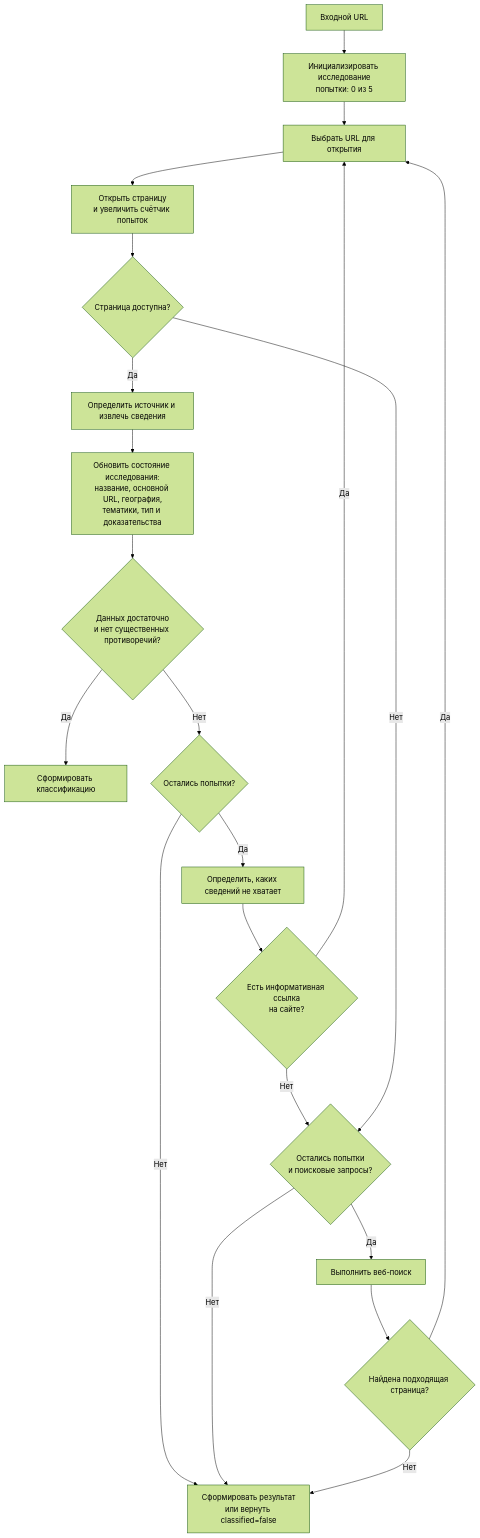
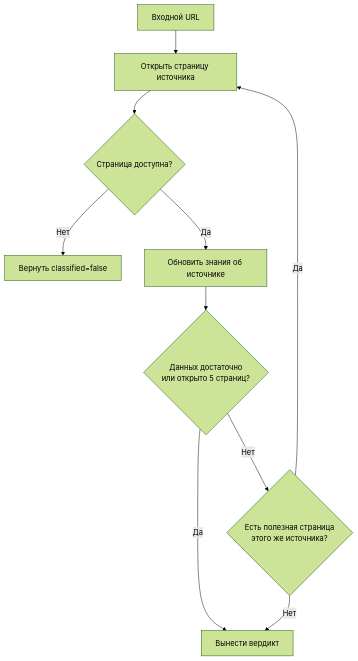
Before and after one commit to notglebatall/source-classifier: the diagram in README.md, drawn with Mermaid (forest theme). The commit also changed other lines of this file, not shown here.

Commit message:
Схема агента

````diff
--- a/README.md
+++ b/README.md
@@ -24,26 +24,12 @@
 ```mermaid
 flowchart TD
-    A[Входной URL] --> B[Инициализировать исследование<br/>попытки: 0 из 5]
-    B --> C[Выбрать URL для открытия]
-    C --> D[Открыть страницу<br/>и увеличить счётчик попыток]
-    D --> E{Страница доступна?}
-
-    E -- Да --> F[Определить источник и извлечь сведения]
-    F --> G[Обновить состояние исследования:<br/>название, основной URL, география,<br/>тематики, тип и доказательства]
-    G --> H{Данных достаточно<br/>и нет существенных противоречий?}
-
-    H -- Да --> I[Сформировать классификацию]
-    H -- Нет --> J{Остались попытки?}
-    J -- Нет --> K[Сформировать результат<br/>или вернуть classified=false]
-    J -- Да --> L[Определить, каких сведений не хватает]
-    L --> M{Есть информативная ссылка<br/>на сайте?}
-    M -- Да --> C
-    M -- Нет --> N{Остались попытки<br/>и поисковые запросы?}
-
-    E -- Нет --> N
-    N -- Да --> O[Выполнить веб-поиск]
-    N -- Нет --> K
-    O --> P{Найдена подходящая страница?}
-    P -- Да --> C
-    P -- Нет --> K
+    A[Входной URL] --> B[Открыть страницу источника]
+    B --> C{Страница доступна?}
+    C -- Нет --> G[Вернуть classified=false]
+    C -- Да --> D[Обновить знания об источнике]
+    D --> E{Данных достаточно<br/>или открыто 5 страниц?}
+    E -- Да --> F[Вынести вердикт]
+    E -- Нет --> H{Есть полезная страница<br/>этого же источника?}
+    H -- Да --> B
+    H -- Нет --> F
 ```
````
